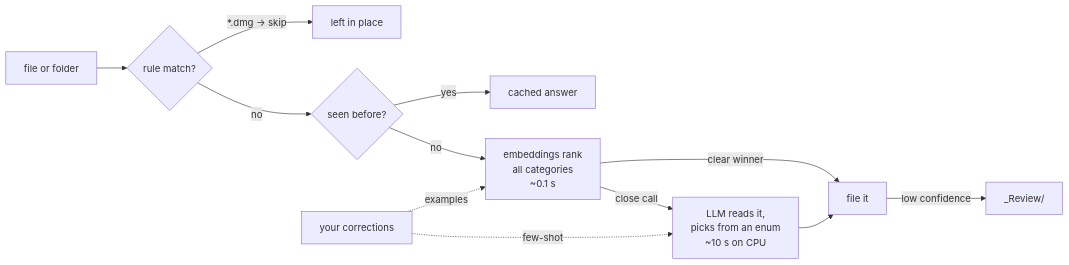
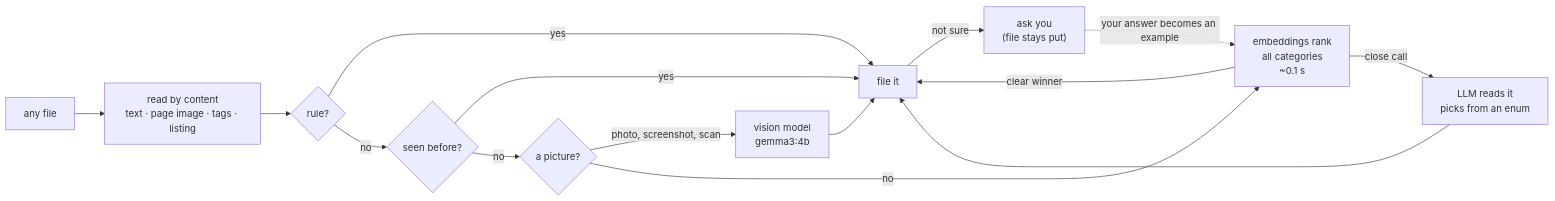
The diagram in README.md (lalit-sh01/ai_file_classifier), drawn with Mermaid before and after one commit. The commit also changed other lines of this file and 18 other files, not shown here.

````diff
--- a/README.md
+++ b/README.md
@@ -76,14 +105,17 @@
 ```mermaid
 flowchart LR
-    F[file or folder] --> R{rule match?}
-    R -- "*.dmg → skip" --> S[left in place]
+    F[any file] --> X["read by content<br/>text · page image · tags · listing"]
+    X --> R{rule?}
+    R -- yes --> OK
     R -- no --> C{seen before?}
-    C -- yes --> D[cached answer]
-    C -- no --> E["embeddings rank<br/>all categories<br/>~0.1 s"]
+    C -- yes --> OK
+    C -- no --> P{a picture?}
+    P -- "photo, screenshot, scan" --> V["vision model<br/>gemma3:4b"]
+    P -- no --> E["embeddings rank<br/>all categories<br/>~0.1 s"]
     E -- clear winner --> OK[file it]
-    E -- close call --> L["LLM reads it,<br/>picks from an enum<br/>~10 s on CPU"]
+    E -- close call --> L["LLM reads it<br/>picks from an enum"]
+    V --> OK
     L --> OK
-    OK -- low confidence --> RV[_Review/]
-    U[your corrections] -. examples .-> E
-    U -. few-shot .-> L
+    OK -- not sure --> Q["ask you<br/>(file stays put)"]
+    Q -. your answer becomes an example .-> E
 ```
````
